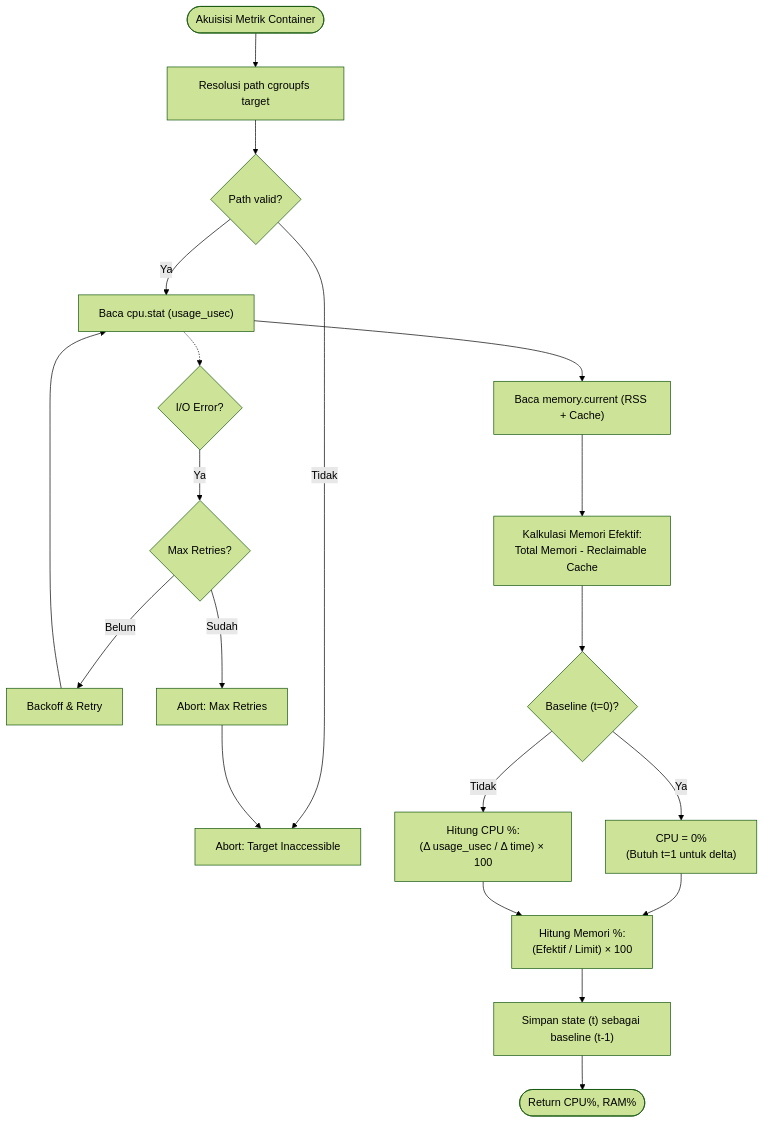
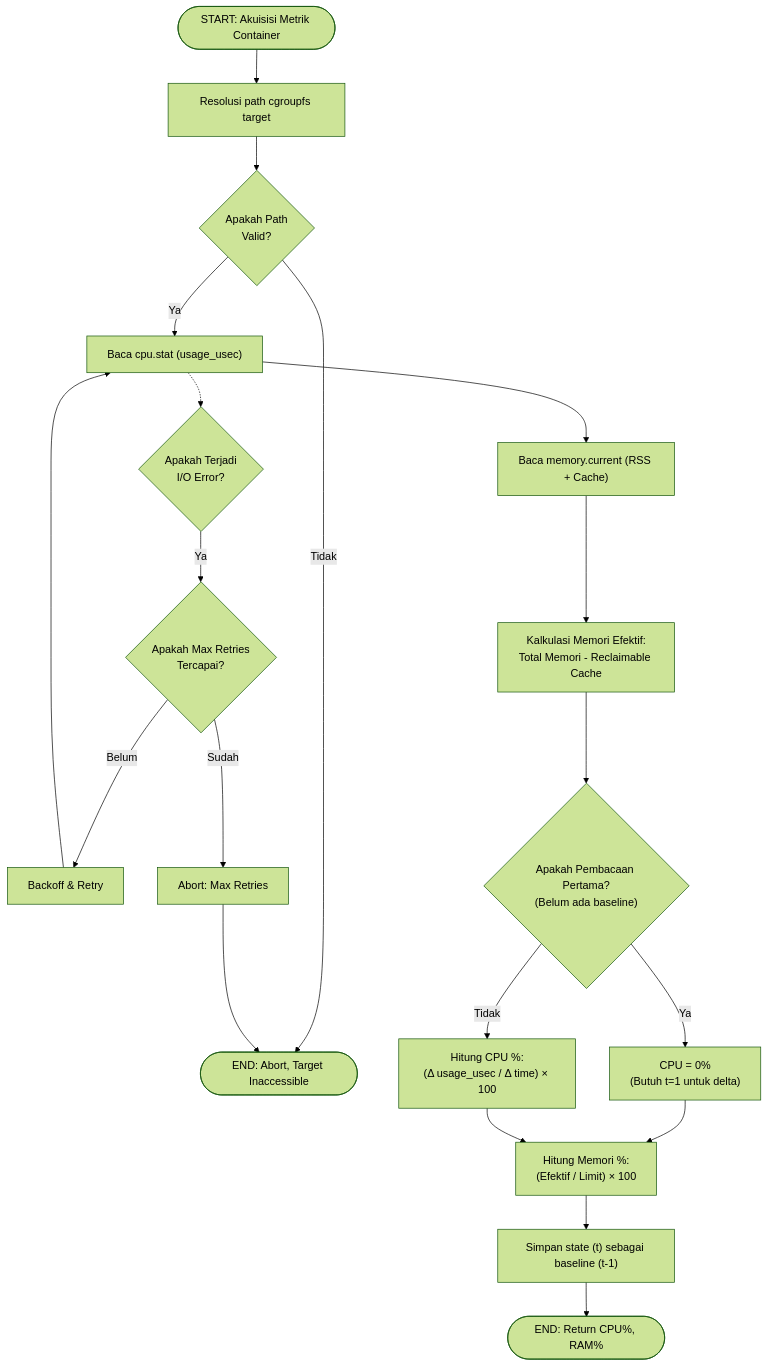
Before and after one commit to fauzanreza/green-container-framework: the second of 3 diagrams in architecture-diagrams/layer-2-monitor/01_monitor_get_stats.md, drawn with Mermaid (forest theme). The commit also changed other lines of this file and 17 other files, not shown here.

Commit message:
edit fitur, menyesuaikan Architecture Diagram

````diff
--- a/architecture-diagrams/layer-2-monitor/01_monitor_get_stats.md
+++ b/architecture-diagrams/layer-2-monitor/01_monitor_get_stats.md
@@ -79,47 +79,47 @@
 ```mermaid
 flowchart TD
-    START(["Akuisisi Metrik Container"])
+    START(["START: Akuisisi Metrik Container"])
 
     CARI["Resolusi path cgroupfs target"]
-    KETEMU{"Path valid?"}
-    TIDAK_BISA["Abort: Target Inaccessible"]
+    KETEMU{"Apakah Path<br/>Valid?"}
+    SELESAI_GAGAL(["END: Abort, Target Inaccessible"])
 
     BACA_CPU["Baca cpu.stat (usage_usec)"]
     BACA_RAM["Baca memory.current (RSS + Cache)"]
     KURANGI["Kalkulasi Memori Efektif:<br/>Total Memori - Reclaimable Cache"]
 
-    GAGAL{"I/O Error?"}
-    COBA_LAGI{"Max Retries?"}
+    GAGAL{"Apakah Terjadi<br/>I/O Error?"}
+    COBA_LAGI{"Apakah Max Retries<br/>Tercapai?"}
     TUNGGU["Backoff & Retry"]
     SEMUA_GAGAL["Abort: Max Retries"]
 
-    PERTAMA{"Baseline (t=0)?"}
+    PERTAMA{"Apakah Pembacaan Pertama?<br/>(Belum ada baseline)"}
     NOL["CPU = 0%<br/>(Butuh t=1 untuk delta)"]
     HITUNG["Hitung CPU %:<br/>(Δ usage_usec / Δ time) × 100"]
     HITUNG_RAM["Hitung Memori %:<br/>(Efektif / Limit) × 100"]
 
     SIMPAN["Simpan state (t) sebagai baseline (t-1)"]
-    HASIL(["Return CPU%, RAM%"])
+    SELESAI(["END: Return CPU%, RAM%"])
 
     START --> CARI
     CARI --> KETEMU
-    KETEMU -->|Tidak| TIDAK_BISA
+    KETEMU -->|Tidak| SELESAI_GAGAL
     KETEMU -->|Ya| BACA_CPU
     BACA_CPU --> BACA_RAM
     BACA_RAM --> KURANGI
 
     BACA_CPU -.-> GAGAL
     GAGAL -->|Ya| COBA_LAGI
-    COBA_LAGI -->|"Belum"| TUNGGU
+    COBA_LAGI -->|Belum| TUNGGU
     TUNGGU --> BACA_CPU
-    COBA_LAGI -->|"Sudah"| SEMUA_GAGAL
-    SEMUA_GAGAL --> TIDAK_BISA
+    COBA_LAGI -->|Sudah| SEMUA_GAGAL
+    SEMUA_GAGAL --> SELESAI_GAGAL
 
     KURANGI --> PERTAMA
     PERTAMA -->|Ya| NOL
     PERTAMA -->|Tidak| HITUNG
     NOL --> HITUNG_RAM
     HITUNG --> HITUNG_RAM
     HITUNG_RAM --> SIMPAN
-    SIMPAN --> HASIL
+    SIMPAN --> SELESAI
 ```
````
